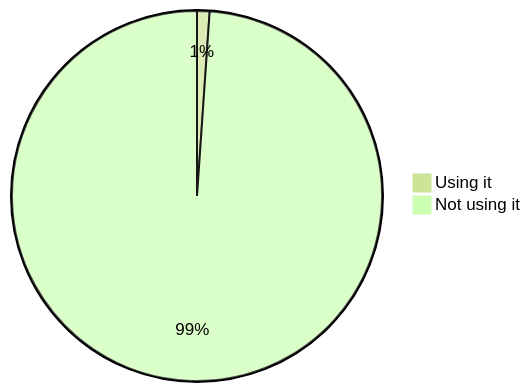
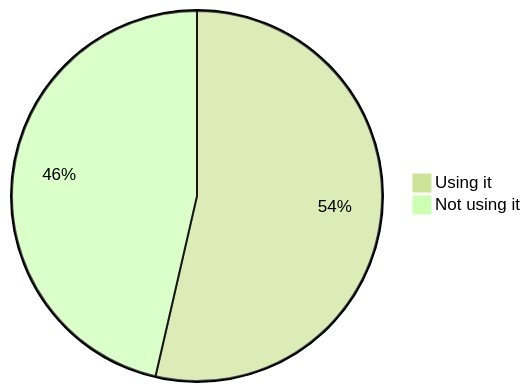
Diagram 11 of 18 in stats.md (oshp/oshp-stats), drawn with Mermaid (forest theme) before and after one commit. The commit also changed other lines of this file and 1 other file, not shown here.

````diff
--- a/stats.md
+++ b/stats.md
@@ -140,6 +128,6 @@
 ```mermaid
 pie
-	"Using it" : 1.09
-	"Not using it" : 98.91
+	"Using it" : 53.6
+	"Not using it" : 46.4
 
 ```
````
